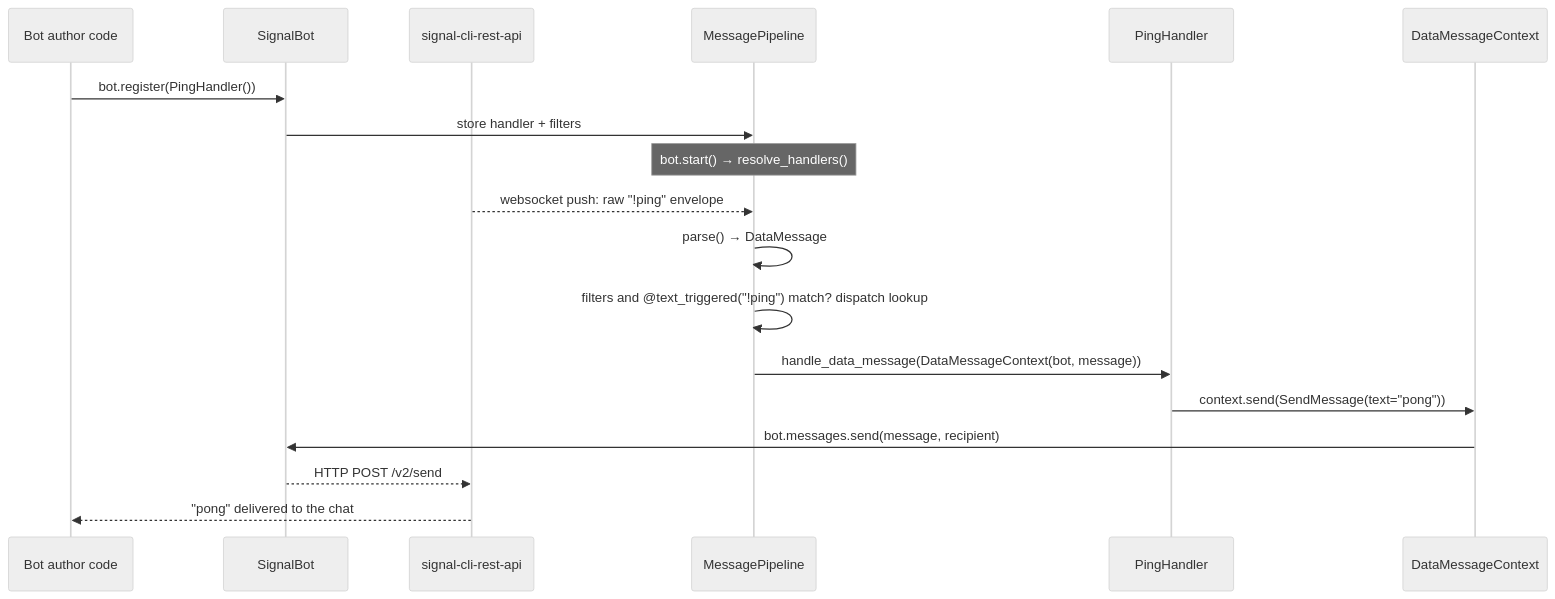
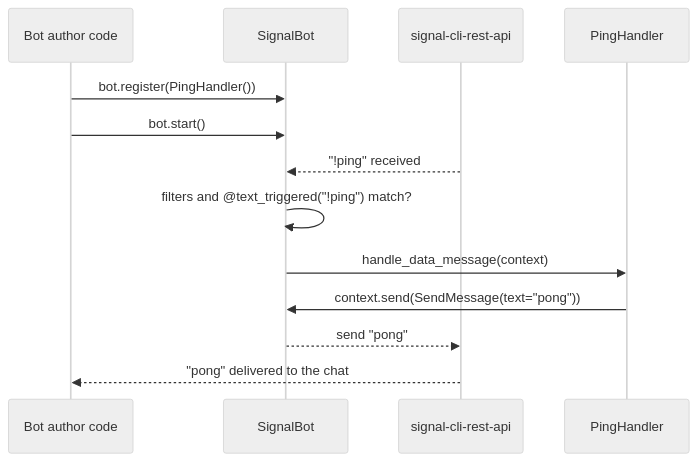
Before and after one commit to signalbot-org/signalbot: the third of 3 diagrams in docs/02_concepts.md, drawn with Mermaid (neutral theme). The commit also changed other lines of this file and 14 other files, not shown here.

````diff
--- a/docs/02_concepts.md
+++ b/docs/02_concepts.md
@@ -82,23 +96,18 @@
 ```mermaid
 %%{init: {"sequence": {"useMaxWidth": false}}}%%
 sequenceDiagram
     participant Author as Bot author code
     participant Bot as SignalBot
     participant API as signal-cli-rest-api
-    participant Pipeline as MessagePipeline
     participant Handler as PingHandler
-    participant Context as DataMessageContext
 
     Author->>Bot: bot.register(PingHandler())
-    Bot->>Pipeline: store handler + filters
-    Note over Pipeline: bot.start() → resolve_handlers()
+    Author->>Bot: bot.start()
 
-    API-->>Pipeline: websocket push: raw "!ping" envelope
-    Pipeline->>Pipeline: parse() → DataMessage
-    Pipeline->>Pipeline: filters and @text_triggered("!ping") match? dispatch lookup
-    Pipeline->>Handler: handle_data_message(DataMessageContext(bot, message))
-    Handler->>Context: context.send(SendMessage(text="pong"))
-    Context->>Bot: bot.messages.send(message, recipient)
-    Bot-->>API: HTTP POST /v2/send
+    API-->>Bot: "!ping" received
+    Bot->>Bot: filters and @text_triggered("!ping") match?
+    Bot->>Handler: handle_data_message(context)
+    Handler->>Bot: context.send(SendMessage(text="pong"))
+    Bot-->>API: send "pong"
     API-->>Author: "pong" delivered to the chat
 ```
````
